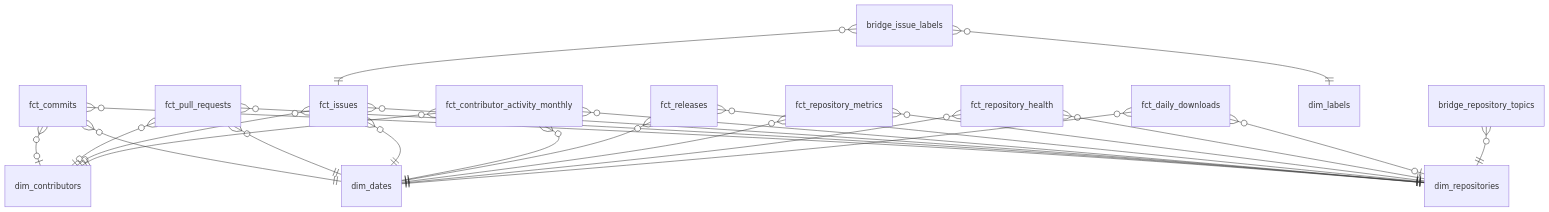
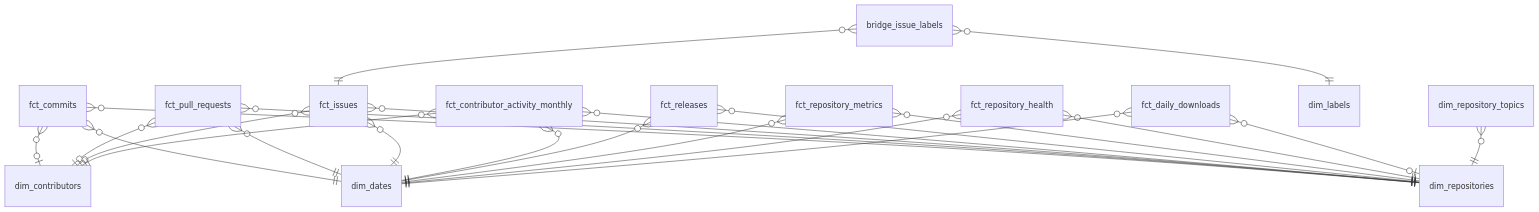
The second of 2 diagrams in README.md (Neukz/repolytics), drawn with Mermaid before and after one commit. The commit also changed other lines of this file and 5 other files, not shown here.

Commit message:
refactor: model repository topics as a dimension

````diff
--- a/README.md
+++ b/README.md
@@ -82,35 +82,35 @@
 ```mermaid
 erDiagram
     fct_commits }o--|| dim_repositories : ""
     fct_commits }o--o| dim_contributors : ""
     fct_commits }o--|| dim_dates : ""
 
     fct_pull_requests }o--|| dim_repositories : ""
     fct_pull_requests }o--o| dim_contributors : ""
     fct_pull_requests }o--|| dim_dates : ""
 
     fct_issues }o--|| dim_repositories : ""
     fct_issues }o--o| dim_contributors : ""
     fct_issues }o--|| dim_dates : ""
 
     fct_contributor_activity_monthly }o--|| dim_contributors : ""
     fct_contributor_activity_monthly }o--|| dim_repositories : ""
     fct_contributor_activity_monthly }o--|| dim_dates : ""
 
     fct_releases }o--|| dim_repositories : ""
     fct_releases }o--|| dim_dates : ""
 
     fct_repository_metrics }o--|| dim_repositories : ""
     fct_repository_metrics }o--|| dim_dates : ""
 
     fct_repository_health }o--|| dim_repositories : ""
     fct_repository_health }o--|| dim_dates : ""
 
     fct_daily_downloads }o--o| dim_repositories : ""
     fct_daily_downloads }o--|| dim_dates : ""
 
     bridge_issue_labels }o--|| fct_issues : ""
     bridge_issue_labels }o--|| dim_labels : ""
 
-    bridge_repository_topics }o--|| dim_repositories : ""
+    dim_repository_topics }o--|| dim_repositories : ""
 ```
````
